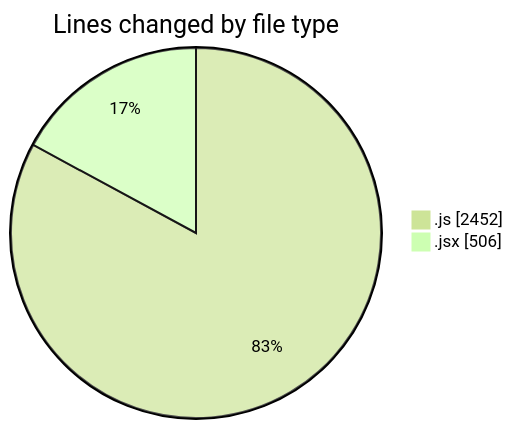
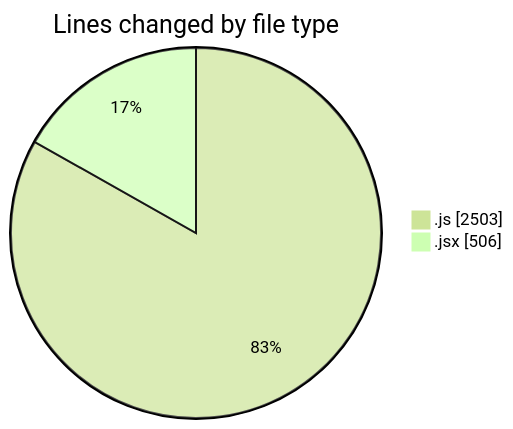
Before and after one commit to nxtqubesakshisongat/code-tracking: the first of 2 diagrams in 2025-07-27/nxtqube_webapp/README.md, drawn with Mermaid (forest theme). The commit also changed other lines of this file and 1 other file, not shown here.

````diff
--- a/2025-07-27/nxtqube_webapp/README.md
+++ b/2025-07-27/nxtqube_webapp/README.md
@@ -24,6 +24,6 @@
 ```mermaid
 pie showData
 title Lines changed by file type
-".js" : 2452
+".js" : 2503
 ".jsx" : 506
 ```
````
